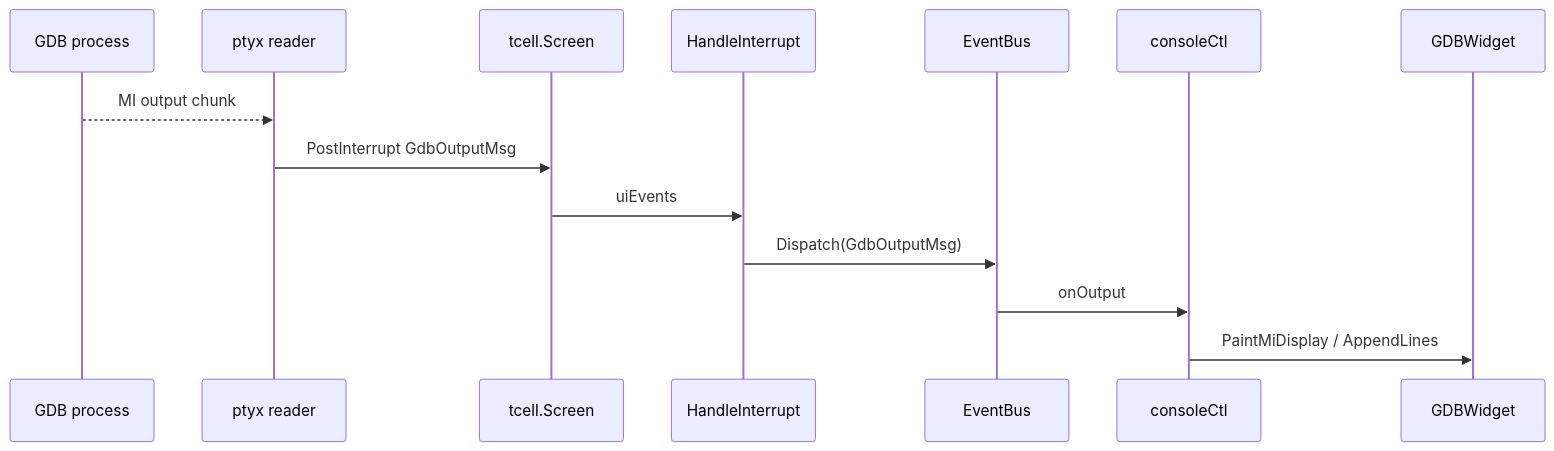
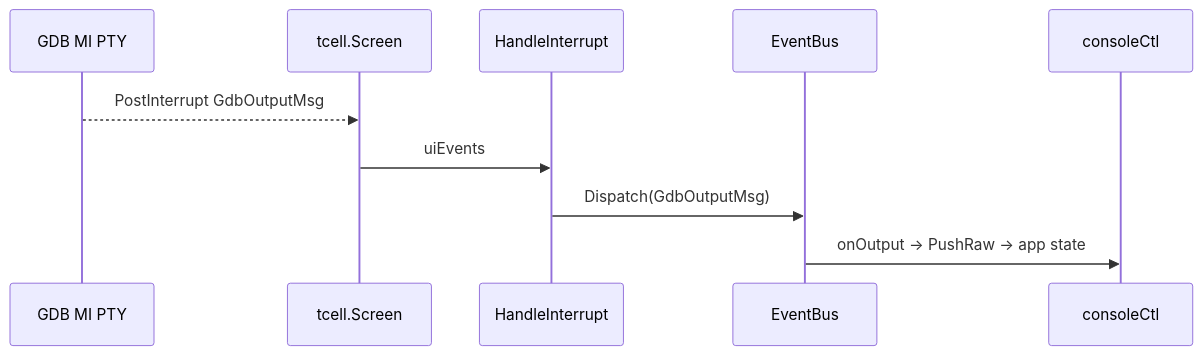
One commit to yairgd/gdbforge changed the ninth of 10 diagrams in docs/ARCHITECTURE.md. Above: the diagram before and after it, drawn with Mermaid. The commit also changed other lines of this file and 54 other files, not shown here.

First line of the commit message:
Unify PTY transport and wire GDB/IO/exec panes through xterm CompositeTerminal.

````diff
--- a/docs/ARCHITECTURE.md
+++ b/docs/ARCHITECTURE.md
@@ -931,17 +925,13 @@
 ```mermaid
 sequenceDiagram
-    participant GDB as GDB process
-    participant PTY as ptyx reader
+    participant GDB as GDB MI PTY
     participant Screen as tcell.Screen
     participant HI as HandleInterrupt
     participant Bus as EventBus
     participant Ctrl as consoleCtl
-    participant Widget as GDBWidget
 
-    GDB-->>PTY: MI output chunk
-    PTY->>Screen: PostInterrupt GdbOutputMsg
+    GDB-->>Screen: PostInterrupt GdbOutputMsg
     Screen->>HI: uiEvents
     HI->>Bus: Dispatch(GdbOutputMsg)
-    Bus->>Ctrl: onOutput
-    Ctrl->>Widget: PaintMiDisplay / AppendLines
+    Bus->>Ctrl: onOutput → PushRaw → app state
 ```
````
